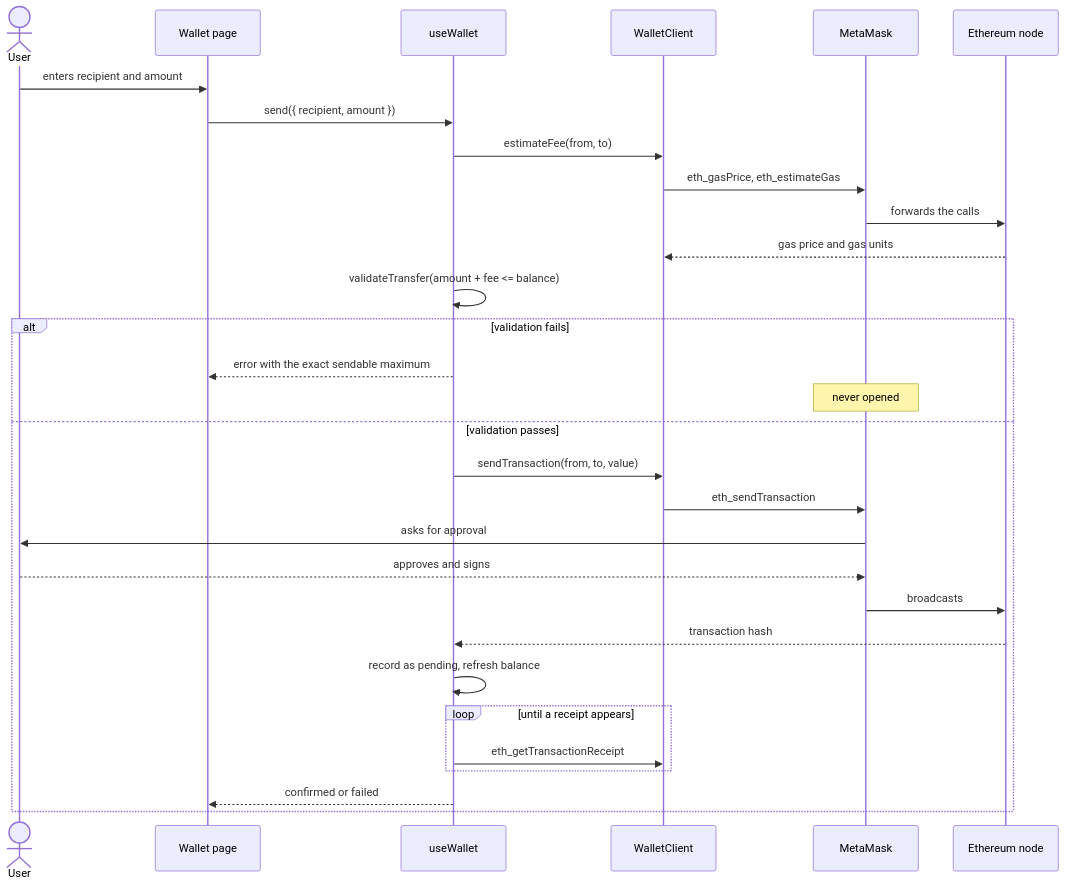
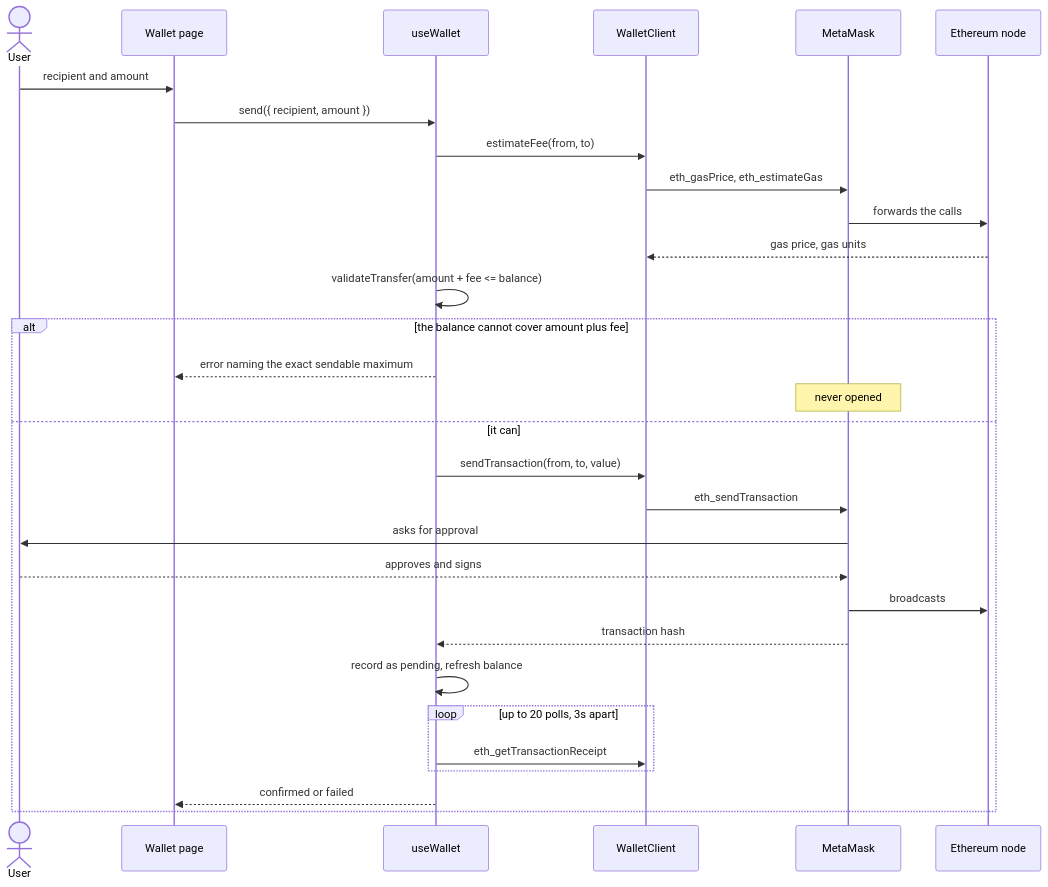
Before and after one commit to TCMS31/defiguard-test: the first of 2 diagrams in README.md, drawn with Mermaid. The commit also changed other lines of this file, not shown here.

````diff
--- a/README.md
+++ b/README.md
@@ -98,34 +22,34 @@
 ```mermaid
 sequenceDiagram
   actor User
   participant Page as Wallet page
   participant Hook as useWallet
   participant Client as WalletClient
   participant Wallet as MetaMask
   participant Chain as Ethereum node
 
-  User->>Page: enters recipient and amount
+  User->>Page: recipient and amount
   Page->>Hook: send({ recipient, amount })
   Hook->>Client: estimateFee(from, to)
   Client->>Wallet: eth_gasPrice, eth_estimateGas
   Wallet->>Chain: forwards the calls
-  Chain-->>Client: gas price and gas units
+  Chain-->>Client: gas price, gas units
   Hook->>Hook: validateTransfer(amount + fee <= balance)
 
-  alt validation fails
-    Hook-->>Page: error with the exact sendable maximum
+  alt the balance cannot cover amount plus fee
+    Hook-->>Page: error naming the exact sendable maximum
     Note over Wallet: never opened
-  else validation passes
+  else it can
     Hook->>Client: sendTransaction(from, to, value)
     Client->>Wallet: eth_sendTransaction
     Wallet->>User: asks for approval
     User-->>Wallet: approves and signs
     Wallet->>Chain: broadcasts
-    Chain-->>Hook: transaction hash
+    Wallet-->>Hook: transaction hash
     Hook->>Hook: record as pending, refresh balance
-    loop until a receipt appears
+    loop up to 20 polls, 3s apart
       Hook->>Client: eth_getTransactionReceipt
     end
     Hook-->>Page: confirmed or failed
   end
 ```
````
